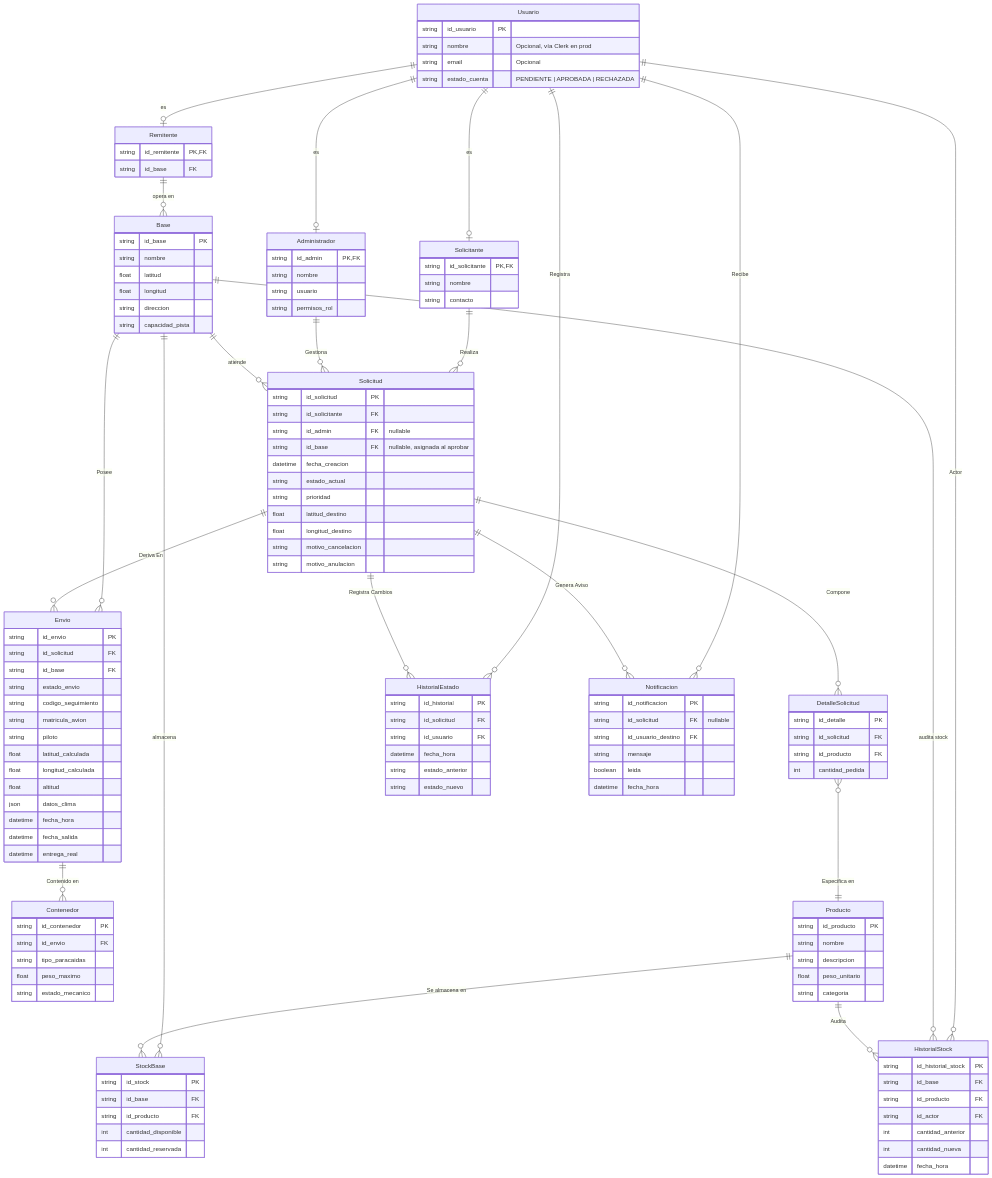
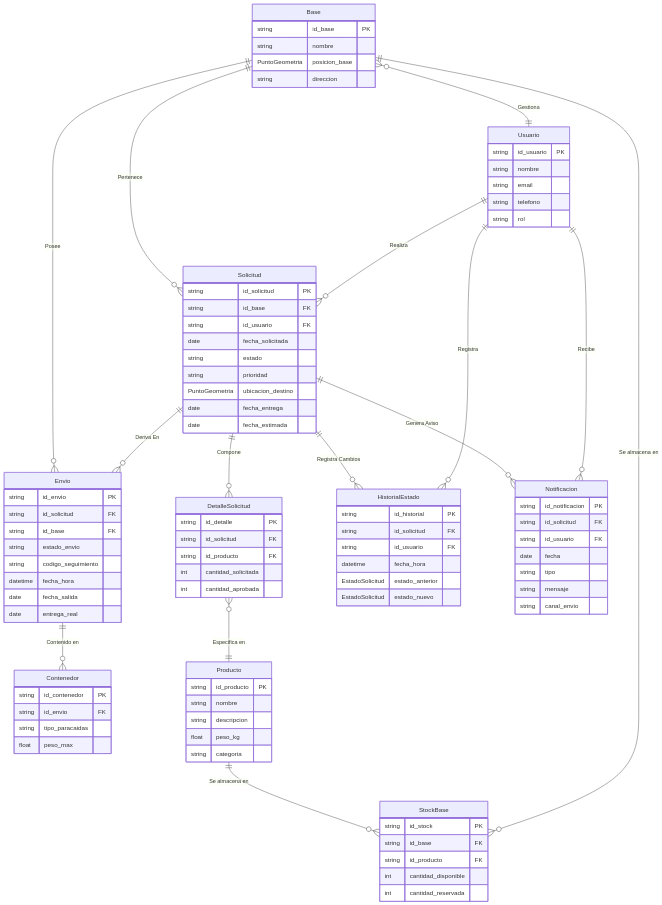
Before and after one commit to proyecto-lanzador-de-suministros/Proyecto-lanzar: the diagram in Documentos/Diagrama-ER.md, drawn with Mermaid. The commit also changed other lines of this file and 1 other file, not shown here.

Commit message:
estado previo de documentación

````diff
--- a/Documentos/Diagrama-ER.md
+++ b/Documentos/Diagrama-ER.md
@@ -8,50 +8,29 @@
 erDiagram
     Usuario {
         string id_usuario PK
-        string nombre "Opcional, vía Clerk en prod"
-        string email "Opcional"
-        string estado_cuenta "PENDIENTE | APROBADA | RECHAZADA"
-    }
-
-    Solicitante {
-        string id_solicitante PK, FK
         string nombre
-        string contacto
-    }
-
-    Administrador {
-        string id_admin PK, FK
-        string nombre
-        string usuario
-        string permisos_rol
-    }
-
-    Remitente {
-        string id_remitente PK, FK
-        string id_base FK
+        string email
+        string telefono
+        string rol
     }
 
     Base {
         string id_base PK
         string nombre
-        float latitud
-        float longitud
+        PuntoGeometria posicion_base
         string direccion
-        string capacidad_pista
     }
 
     Solicitud {
         string id_solicitud PK
-        string id_solicitante FK
-        string id_admin FK "nullable"
-        string id_base FK "nullable, asignada al aprobar"
-        datetime fecha_creacion
-        string estado_actual
+        string id_base FK
+        string id_usuario FK
+        date fecha_solicitada
+        string estado
         string prioridad
-        float latitud_destino
-        float longitud_destino
-        string motivo_cancelacion
-        string motivo_anulacion
+        PuntoGeometria ubicacion_destino
+        date fecha_entrega
+        date fecha_estimada
     }
     
 
@@ -61,23 +40,16 @@
         string id_base FK
         string estado_envio
         string codigo_seguimiento
-        string matricula_avion
-        string piloto
-        float latitud_calculada
-        float longitud_calculada
-        float altitud
-        json datos_clima
         datetime fecha_hora
-        datetime fecha_salida
-        datetime entrega_real
+        date fecha_salida
+        date entrega_real
     }
 
     Contenedor {
         string id_contenedor PK
         string id_envio FK
         string tipo_paracaidas
-        float peso_maximo
-        string estado_mecanico
+        float peso_max
     }
 
 
@@ -93,13 +65,14 @@
         string id_detalle PK
         string id_solicitud FK
         string id_producto FK
-        int cantidad_pedida
+        int cantidad_solicitada
+        int cantidad_aprobada
     }
      Producto {
         string id_producto PK
         string nombre
         string descripcion
-        float peso_unitario
+        float peso_kg
         string categoria
     }
 
@@ -108,47 +81,29 @@
         string id_solicitud FK
         string id_usuario FK
         datetime fecha_hora
-        string estado_anterior
-        string estado_nuevo
-    }
-
-    HistorialStock {
-        string id_historial_stock PK
-        string id_base FK
-        string id_producto FK
-        string id_actor FK
-        int cantidad_anterior
-        int cantidad_nueva
-        datetime fecha_hora
+        EstadoSolicitud estado_anterior
+        EstadoSolicitud estado_nuevo
     }
 
     Notificacion {
         string id_notificacion PK
-        string id_solicitud FK "nullable"
-        string id_usuario_destino FK
+        string id_solicitud FK
+        string id_usuario FK
+        date fecha
+        string tipo
         string mensaje
-        boolean leida
-        datetime fecha_hora
+        string canal_envio
     }
-
-    Usuario ||--o| Solicitante : "es"
-    Usuario ||--o| Administrador : "es"
-    Usuario ||--o| Remitente : "es"
+    Usuario ||--o{ Solicitud : "Realiza"
+    Base ||--o{ Solicitud : "Pertenece"
+    Base }o--||Usuario: "Gestiona"
     Usuario ||--o{ HistorialEstado : "Registra"
     Usuario ||--o{ Notificacion : "Recibe"
-    Usuario ||--o{ HistorialStock : "Actor"
-    
-    Solicitante ||--o{ Solicitud : "Realiza"
-    Remitente ||--o{ Base : "opera en"
-    
-    Administrador ||--o{ Solicitud : "Gestiona"
-
-    Base ||--o{ StockBase : "almacena"
-    Base ||--o{ Envio : "Posee"
-    Base ||--o{ Solicitud : "atiende"
-    Base ||--o{ HistorialStock : "audita stock"
     
     Solicitud ||--o{ Envio : "Deriva En"
+    Base ||--o{ StockBase : "Se almacena en"
+    Base ||--o{ Envio : "Posee"
+    
     Solicitud ||--o{ DetalleSolicitud : "Compone"
     Solicitud ||--o{ HistorialEstado : "Registra Cambios"
     Solicitud ||--o{ Notificacion : "Genera Aviso"
@@ -156,5 +111,4 @@
     DetalleSolicitud }o--|| Producto : "Especifica en"
       
     Producto ||--o{ StockBase : "Se almacena en"
-    Producto ||--o{ HistorialStock : "Audita"
 ```
````
